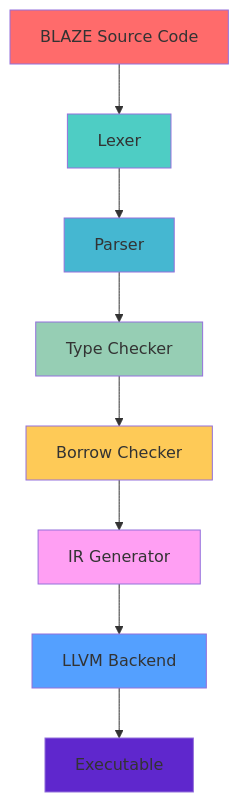
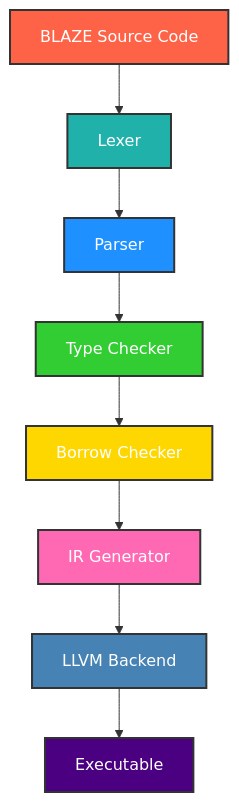
The diagram in README.md (BLACK0X80/BLAZE), drawn with Mermaid before and after one commit. The commit also changed other lines of this file, not shown here.

````diff
--- a/README.md
+++ b/README.md
@@ -263,19 +278,19 @@
 ```mermaid
 graph TD
     A[BLAZE Source Code] --> B[Lexer]
     B --> C[Parser]
     C --> D[Type Checker]
     D --> E[Borrow Checker]
     E --> F[IR Generator]
     F --> G[LLVM Backend]
     G --> H[Executable]
 
-    style A fill:#ff6b6b
-    style B fill:#4ecdc4
-    style C fill:#45b7d1
-    style D fill:#96ceb4
-    style E fill:#feca57
-    style F fill:#ff9ff3
-    style G fill:#54a0ff
-    style H fill:#5f27cd
+    style A fill:#ff6347,stroke:#333,stroke-width:2px,color:#fff
+    style B fill:#20b2aa,stroke:#333,stroke-width:2px,color:#fff
+    style C fill:#1e90ff,stroke:#333,stroke-width:2px,color:#fff
+    style D fill:#32cd32,stroke:#333,stroke-width:2px,color:#fff
+    style E fill:#ffd700,stroke:#333,stroke-width:2px,color:#fff
+    style F fill:#ff69b4,stroke:#333,stroke-width:2px,color:#fff
+    style G fill:#4682b4,stroke:#333,stroke-width:2px,color:#fff
+    style H fill:#4b0082,stroke:#333,stroke-width:2px,color:#fff
 ```
````
